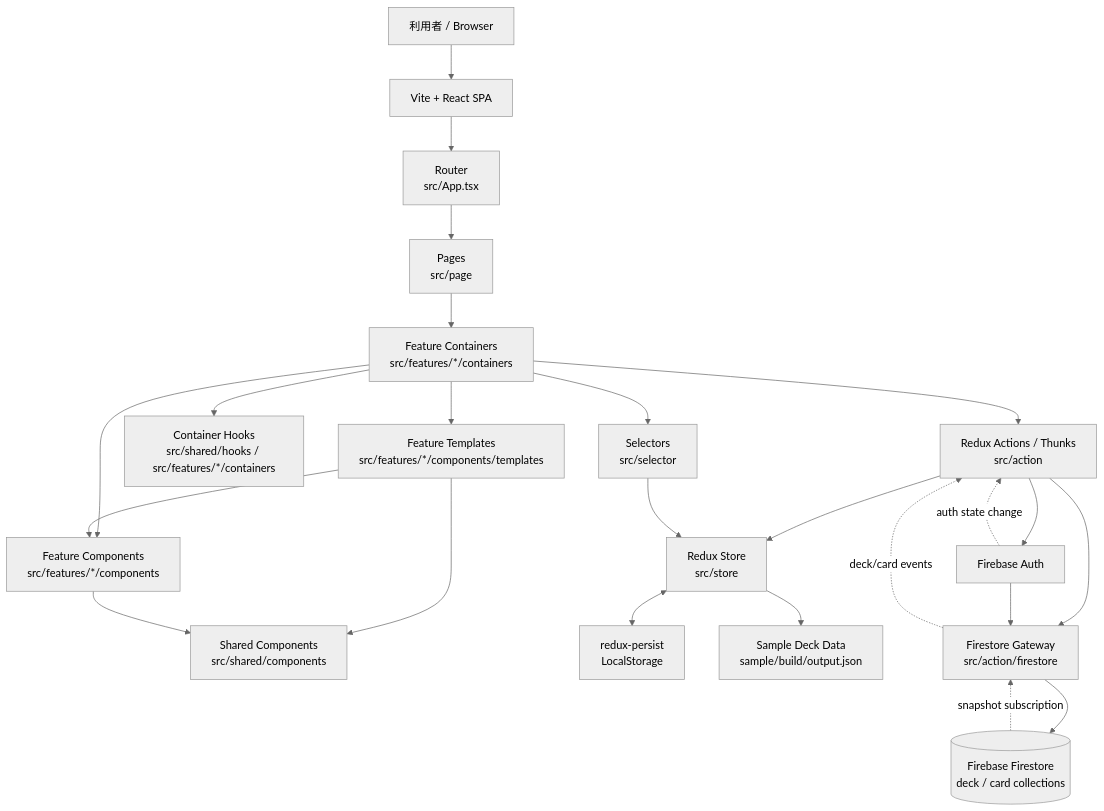
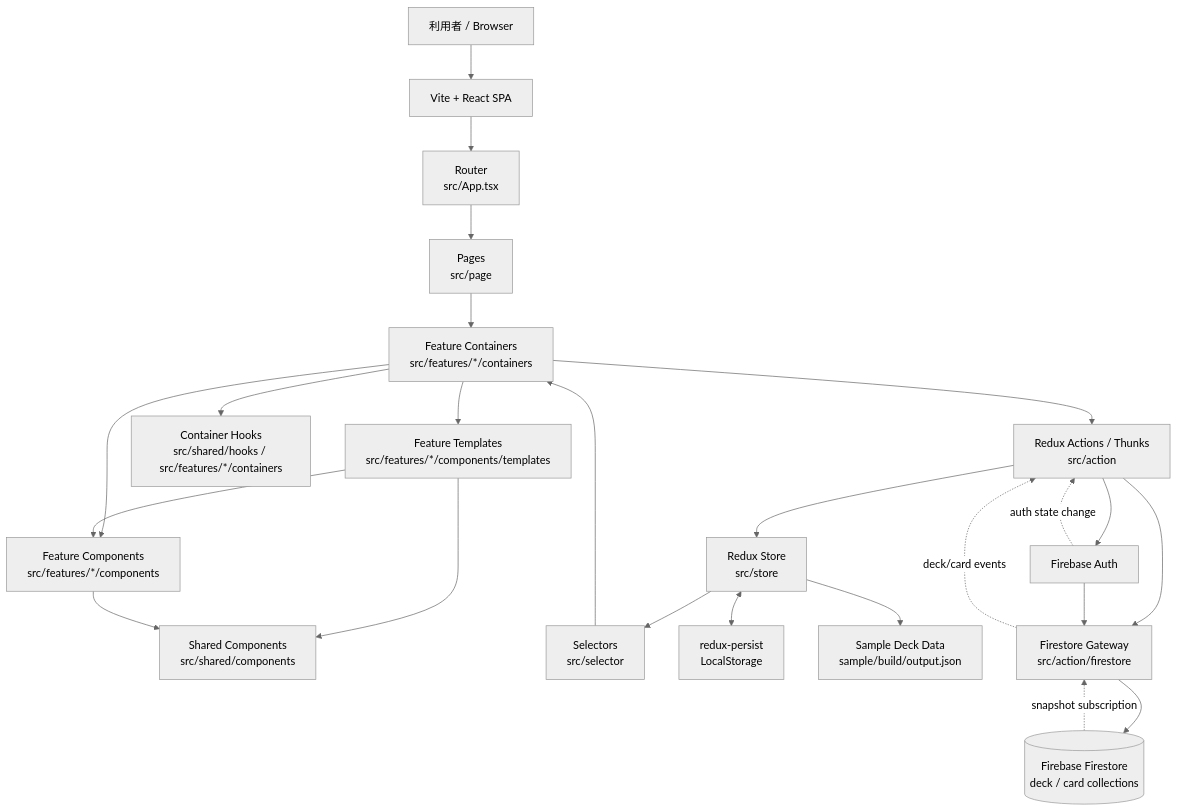
Before and after one commit to her0e1c1/tango: the diagram in docs/architecture.md, drawn with Mermaid (neutral theme). The commit also changed 2 other files, not shown here.

Commit message:
test: enforce keyboard hook presentation boundary

````diff
--- a/docs/architecture.md
+++ b/docs/architecture.md
@@ -3,29 +3,29 @@
 ```mermaid
 flowchart TD
     U[利用者 / Browser] --> V[Vite + React SPA]
     V --> R[Router<br/>src/App.tsx]
     R --> P[Pages<br/>src/page]
     P --> C[Feature Containers<br/>src/features/*/containers]
     C --> T[Feature Templates<br/>src/features/*/components/templates]
     C --> FC[Feature Components<br/>src/features/*/components]
     T --> FC
     T --> SC[Shared Components<br/>src/shared/components]
     FC --> SC
 
     C --> H[Container Hooks<br/>src/shared/hooks / src/features/*/containers]
     C --> A[Redux Actions / Thunks<br/>src/action]
-    C --> X[Selectors<br/>src/selector]
     A --> S[Redux Store<br/>src/store]
-    X --> S
+    S --> X[Selectors<br/>src/selector]
+    X --> C
 
     S <--> L[redux-persist<br/>LocalStorage]
     S --> I[Sample Deck Data<br/>sample/build/output.json]
     A --> AU[Firebase Auth]
     A --> F[Firestore Gateway<br/>src/action/firestore]
     F --> DB[(Firebase Firestore<br/>deck / card collections)]
     AU --> F
 
     AU -. auth state change .-> A
     DB -. snapshot subscription .-> F
     F -. deck/card events .-> A
 ```
````
